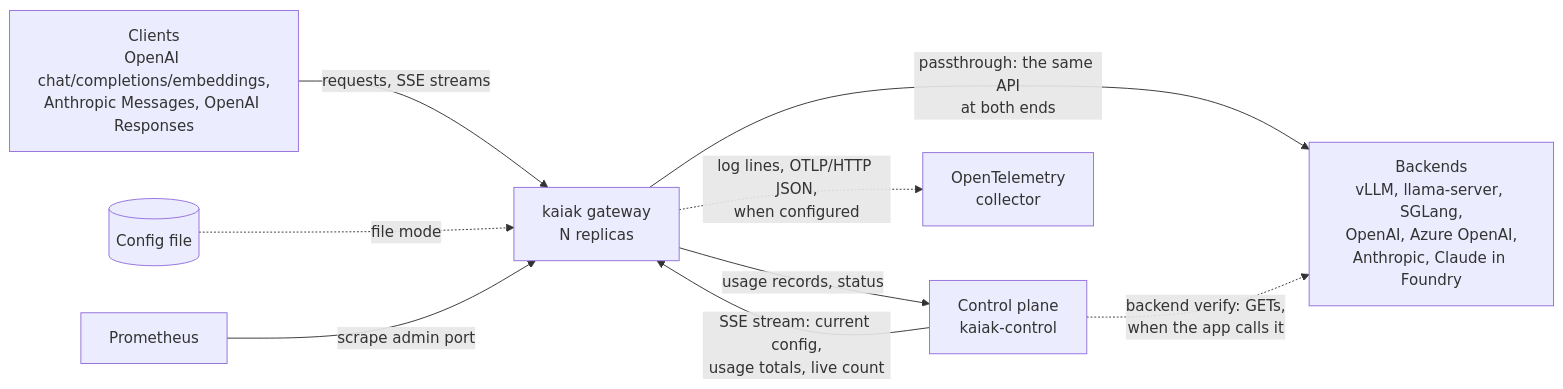
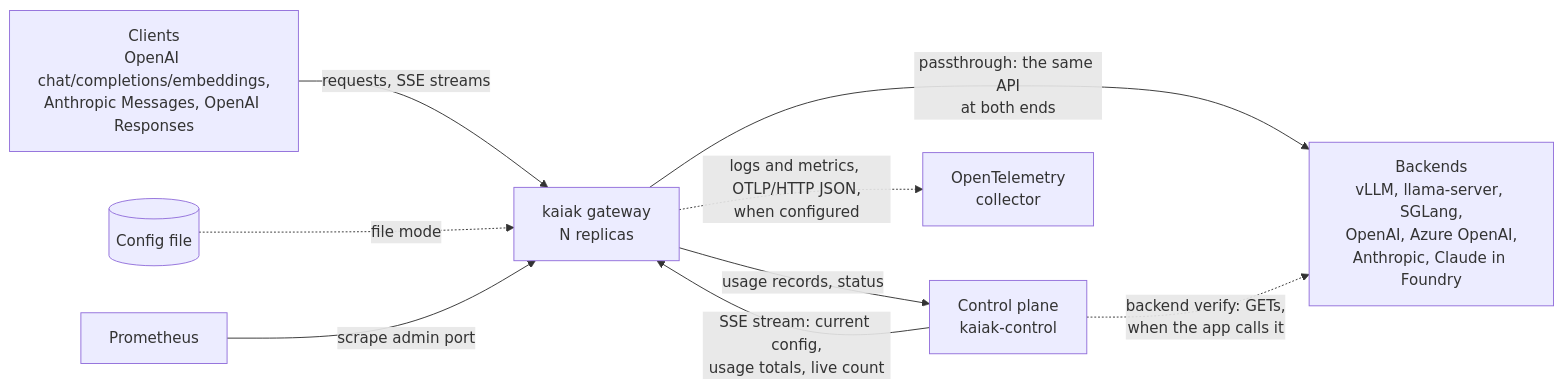
One commit to acdtrx/kaiak changed the first of 3 diagrams in docs/ARCHITECTURE.md. Above: the diagram before and after it, drawn with Mermaid. The commit also changed other lines of this file and 5 other files, not shown here.

Commit message:
docs: OTLP metric export in DEPLOYMENT, upgrade note for the renamed metrics; live checks recorded

````diff
--- a/docs/ARCHITECTURE.md
+++ b/docs/ARCHITECTURE.md
@@ -25,11 +25,11 @@
 ```mermaid
 flowchart LR
     client[Clients<br/>OpenAI chat/completions/embeddings,<br/>Anthropic Messages, OpenAI Responses] -->|requests, SSE streams| gw[kaiak gateway<br/>N replicas]
     gw -->|passthrough: the same API<br/>at both ends| be[Backends<br/>vLLM, llama-server, SGLang,<br/>OpenAI, Azure OpenAI,<br/>Anthropic, Claude in Foundry]
     cp[Control plane<br/>kaiak-control] -->|SSE stream: current config,<br/>usage totals, live count| gw
     gw -->|usage records, status| cp
     cp -.->|backend verify: GETs,<br/>when the app calls it| be
     file[(Config file)] -.->|file mode| gw
     prom[Prometheus] -->|scrape admin port| gw
-    gw -.->|log lines, OTLP/HTTP JSON,<br/>when configured| otel[OpenTelemetry<br/>collector]
+    gw -.->|logs and metrics, OTLP/HTTP JSON,<br/>when configured| otel[OpenTelemetry<br/>collector]
 ```
````
